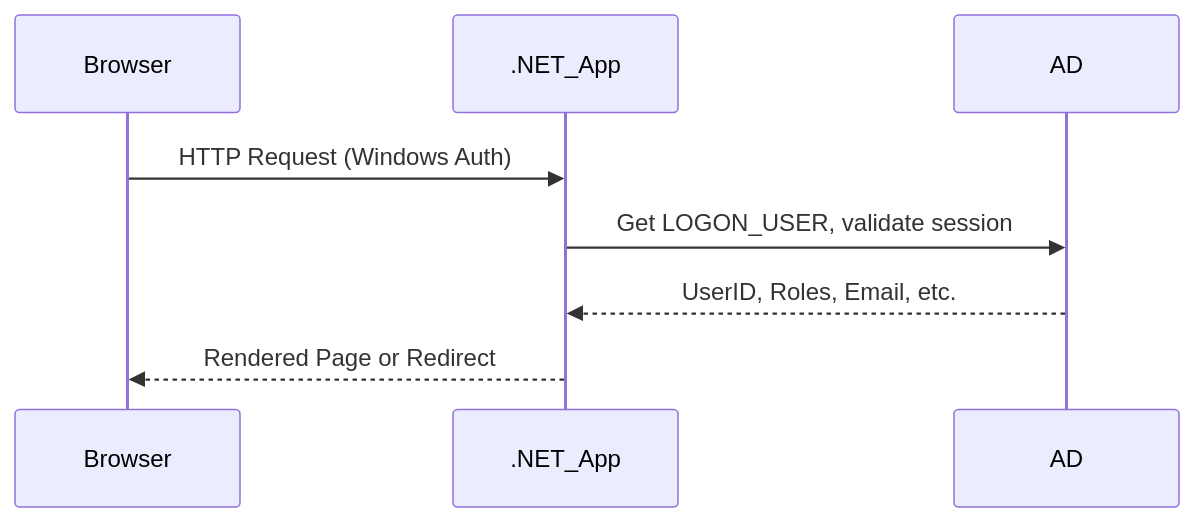
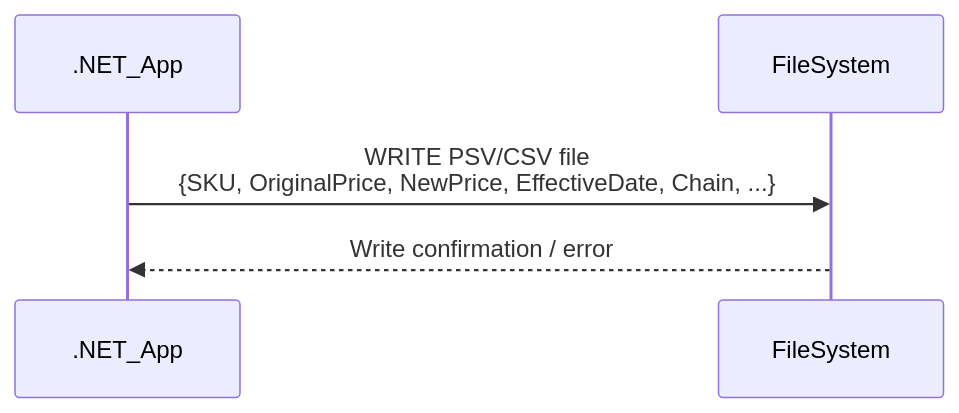
One commit to saniyakapur39/.NET_code_analyzer changed the fourth of 4 diagrams in PricingApproval_markdown_files/PricingApproval_business_functionality.md. Above: the diagram before and after it, drawn with Mermaid. The commit also changed other lines of this file, not shown here.

````diff
--- a/PricingApproval_markdown_files/PricingApproval_business_functionality.md
+++ b/PricingApproval_markdown_files/PricingApproval_business_functionality.md
@@ -95,10 +181,7 @@
 ```mermaid
 sequenceDiagram
-    participant Browser
-    participant .NET_App
-    participant AD
-    Browser->>.NET_App: HTTP Request (Windows Auth)
-    .NET_App->>AD: Get LOGON_USER, validate session
-    AD-->>.NET_App: UserID, Roles, Email, etc.
-    .NET_App-->>Browser: Rendered Page or Redirect
+participant .NET_App
+participant FileSystem
+.NET_App->>FileSystem: WRITE PSV/CSV file<br/>{SKU, OriginalPrice, NewPrice, EffectiveDate, Chain, ...}
+FileSystem-->>.NET_App: Write confirmation / error
 ```
````
